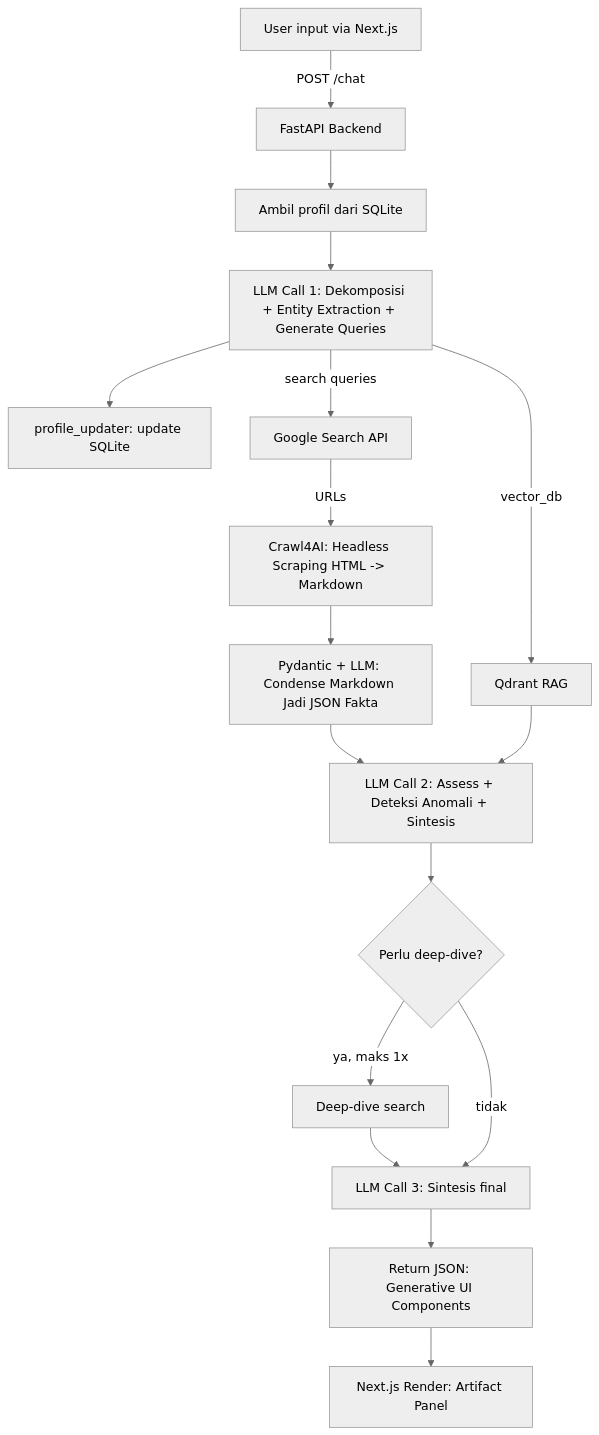
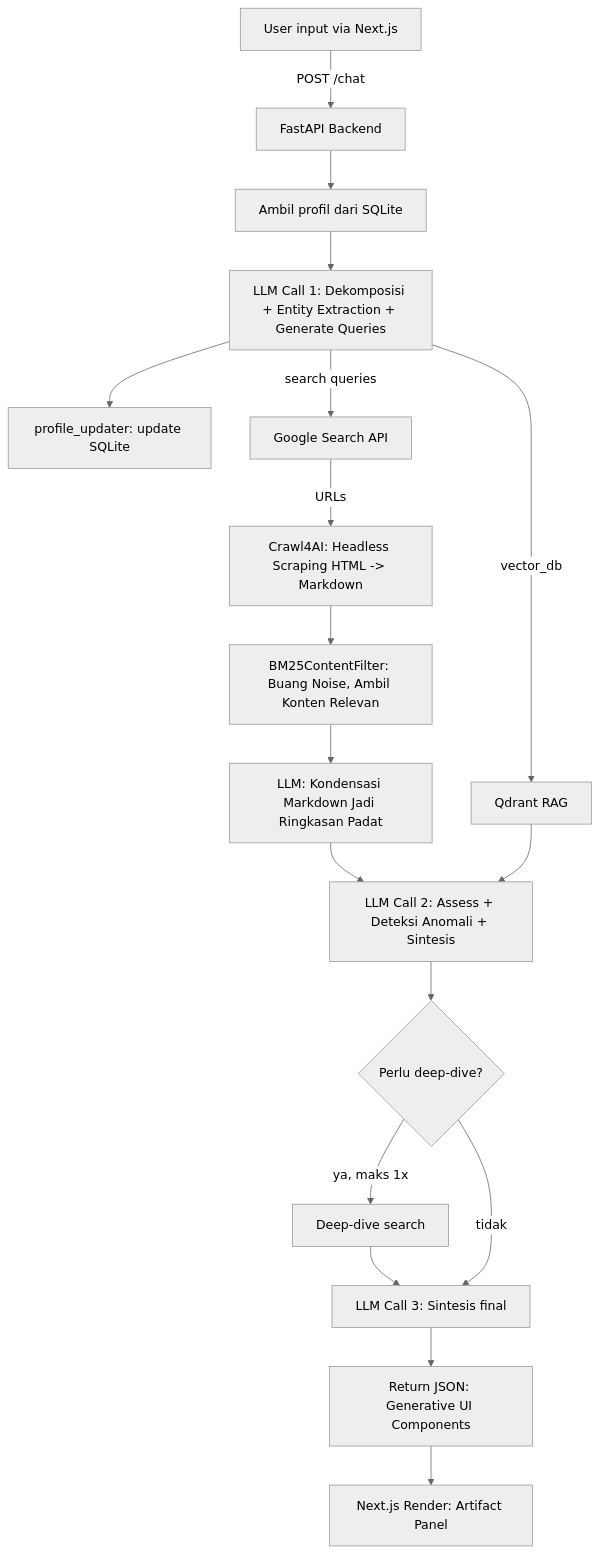
One commit to Hiro347/APPA changed the second of 3 diagrams in APPA_Tech_Spec.md. Above: the diagram before and after it, drawn with Mermaid (neutral theme). The commit also changed other lines of this file and 5 other files, not shown here.

Commit message:
refactor: migrate condensation pipeline to markdown-based architecture

````diff
--- a/APPA_Tech_Spec.md
+++ b/APPA_Tech_Spec.md
@@ -145,27 +145,28 @@
 ```mermaid
 flowchart TD
     A[User input via Next.js] -->|POST /chat| B[FastAPI Backend]
     B --> C[Ambil profil dari SQLite]
     
     %% Otak Riset
     C --> D[LLM Call 1: Dekomposisi + Entity Extraction + Generate Queries]
     D --> E[profile_updater: update SQLite]
     D -->|search queries| F[Google Search API]
     D -->|vector_db| G[Qdrant RAG]
     
     %% Filter & Condense Pipeline
     F -->|URLs| H[Crawl4AI: Headless Scraping HTML -> Markdown]
-    H --> I[Pydantic + LLM: Condense Markdown Jadi JSON Fakta]
+    H --> H2[BM25ContentFilter: Buang Noise, Ambil Konten Relevan]
+    H2 --> I[LLM: Kondensasi Markdown Jadi Ringkasan Padat]
     
     %% Otak Analisis & Komunikasi
     I --> J[LLM Call 2: Assess + Deteksi Anomali + Sintesis]
     G --> J
     J --> K{Perlu deep-dive?}
     K -- ya, maks 1x --> L[Deep-dive search]
     L --> M[LLM Call 3: Sintesis final]
     K -- tidak --> M
     
     %% Generative UI Output
     M --> N[Return JSON: Generative UI Components]
     N --> O[Next.js Render: Artifact Panel]
 ```
````
